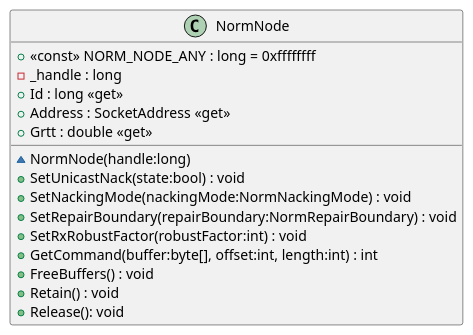
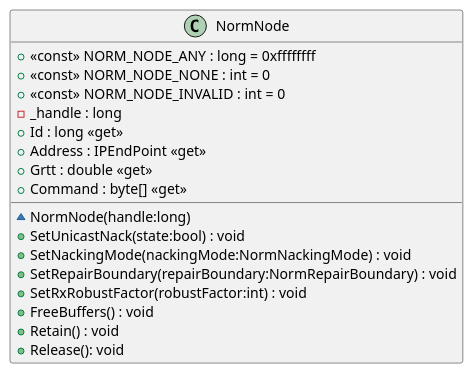
The diagram in src/dotnet/design/Mil/Navy/Nrl/Norm/NormNode.puml (USNavalResearchLaboratory/norm), drawn with PlantUML before and after one commit. The commit also changed 41 other files, not shown here.

```diff
--- a/src/dotnet/design/Mil/Navy/Nrl/Norm/NormNode.puml
+++ b/src/dotnet/design/Mil/Navy/Nrl/Norm/NormNode.puml
@@ -1,18 +1,20 @@
 @startuml
 class NormNode {
     + <<const>> NORM_NODE_ANY : long = 0xffffffff
+    + <<const>> NORM_NODE_NONE : int = 0
+    + <<const>> NORM_NODE_INVALID : int = 0
     - _handle : long
     ~ NormNode(handle:long)
     + SetUnicastNack(state:bool) : void
     + SetNackingMode(nackingMode:NormNackingMode) : void
     + SetRepairBoundary(repairBoundary:NormRepairBoundary) : void
     + SetRxRobustFactor(robustFactor:int) : void
     + Id : long <<get>>
-    + Address : SocketAddress <<get>>
+    + Address : IPEndPoint <<get>>
     + Grtt : double <<get>>
-    + GetCommand(buffer:byte[], offset:int, length:int) : int
+    + Command : byte[] <<get>>
     + FreeBuffers() : void
     + Retain() : void
     + Release(): void
 }
 @enduml
```
